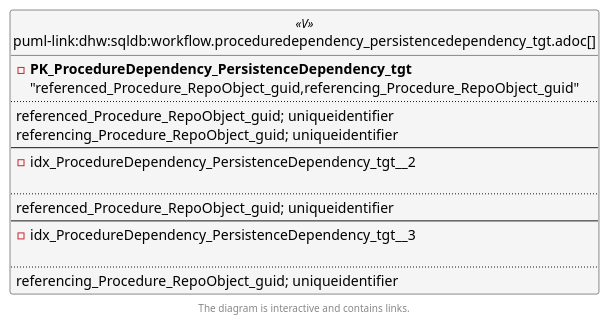
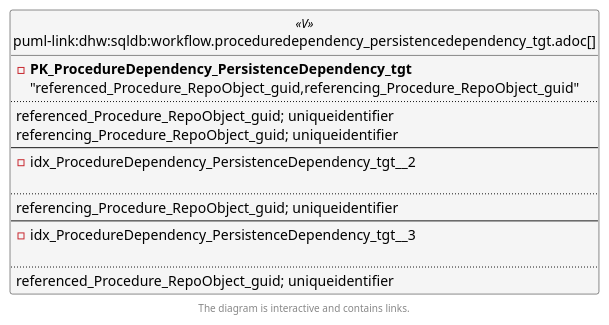
Before and after one commit to DataHandwerk/dhw-antora-sqldb: the second of 6 diagrams in docs/modules/sqldb/partials/content/workflow.proceduredependency_persistencedependency_tgt.adoc, drawn with PlantUML. The commit also changed other lines of this file and 701 other files, not shown here.

```diff
--- a/docs/modules/sqldb/partials/content/workflow.proceduredependency_persistencedependency_tgt.adoc
+++ b/docs/modules/sqldb/partials/content/workflow.proceduredependency_persistencedependency_tgt.adoc
@@ -592,54 +592,54 @@
 [plantuml, entity_1_1_fk-{docname}, svg, subs=macros]
 ....
 @startuml
 left to right direction
 'top to bottom direction
 hide circle
 'avoide "." issues:
 set namespaceSeparator none
 
 
 skinparam class {
   BackgroundColor White
   BackgroundColor<<FN>> Yellow
   BackgroundColor<<FS>> Yellow
   BackgroundColor<<FT>> LightGray
   BackgroundColor<<IF>> Yellow
   BackgroundColor<<IS>> Yellow
   BackgroundColor<<P>>  Aqua
   BackgroundColor<<PC>> Aqua
   BackgroundColor<<SN>> Yellow
   BackgroundColor<<SO>> SlateBlue
   BackgroundColor<<TF>> LightGray
   BackgroundColor<<TR>> Tomato
   BackgroundColor<<U>>  White
   BackgroundColor<<V>>  WhiteSmoke
   BackgroundColor<<X>>  Aqua
   BackgroundColor<<external>> AliceBlue
 }
 
 
 entity "puml-link:dhw:sqldb:workflow.proceduredependency_persistencedependency_tgt.adoc[]" as workflow.ProcedureDependency_PersistenceDependency_tgt << V >> {
 - **PK_ProcedureDependency_PersistenceDependency_tgt**
 "referenced_Procedure_RepoObject_guid,referencing_Procedure_RepoObject_guid"
 ..
 referenced_Procedure_RepoObject_guid; uniqueidentifier
 referencing_Procedure_RepoObject_guid; uniqueidentifier
 --
 - idx_ProcedureDependency_PersistenceDependency_tgt__2
 
 ..
-referenced_Procedure_RepoObject_guid; uniqueidentifier
+referencing_Procedure_RepoObject_guid; uniqueidentifier
 --
 - idx_ProcedureDependency_PersistenceDependency_tgt__3
 
 ..
-referencing_Procedure_RepoObject_guid; uniqueidentifier
+referenced_Procedure_RepoObject_guid; uniqueidentifier
 }
 
 
 
 footer The diagram is interactive and contains links.
 
 @enduml
 ....
```
